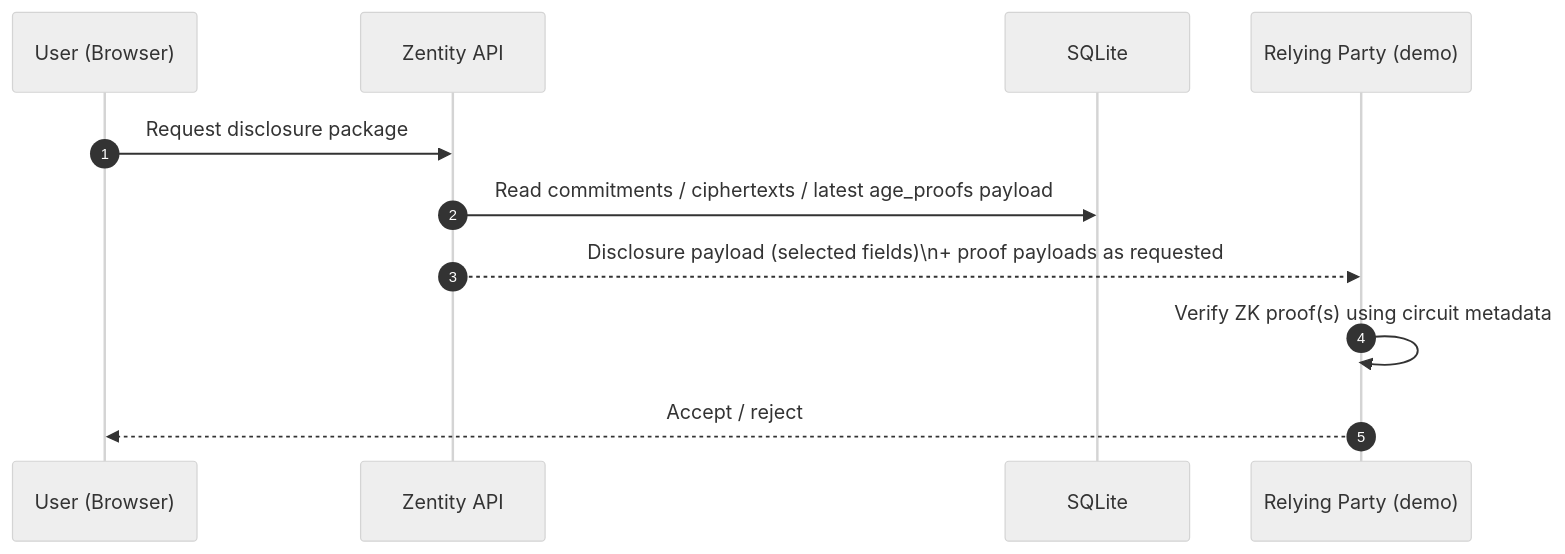
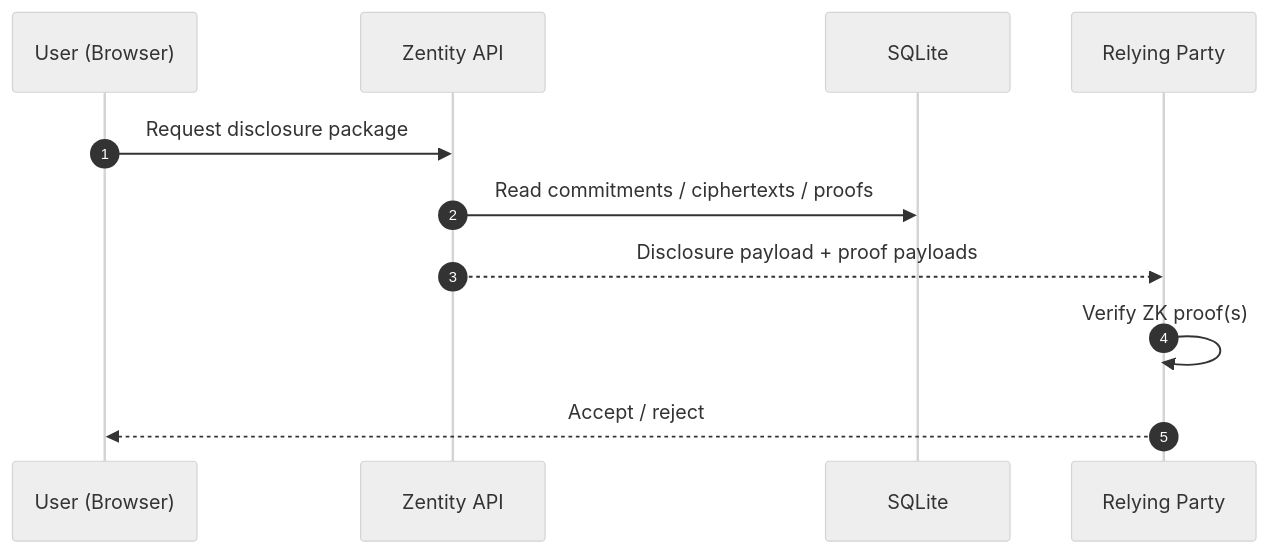
The third of 3 diagrams in docs/architecture.md (gustavovalverde/zentity), drawn with Mermaid (neutral theme) before and after one commit. The commit also changed other lines of this file and 4 other files, not shown here.

````diff
--- a/docs/architecture.md
+++ b/docs/architecture.md
@@ -165,14 +230,14 @@
 ```mermaid
 sequenceDiagram
   autonumber
   participant UI as User (Browser)
   participant API as Zentity API
   participant DB as SQLite
-  participant RP as Relying Party (demo)
+  participant RP as Relying Party
 
   UI->>API: Request disclosure package
-  API->>DB: Read commitments / ciphertexts / latest age_proofs payload
-  API-->>RP: Disclosure payload (selected fields)\n+ proof payloads as requested
-  RP->>RP: Verify ZK proof(s) using circuit metadata
+  API->>DB: Read commitments / ciphertexts / proofs
+  API-->>RP: Disclosure payload + proof payloads
+  RP->>RP: Verify ZK proof(s)
   RP-->>UI: Accept / reject
 ```
````
